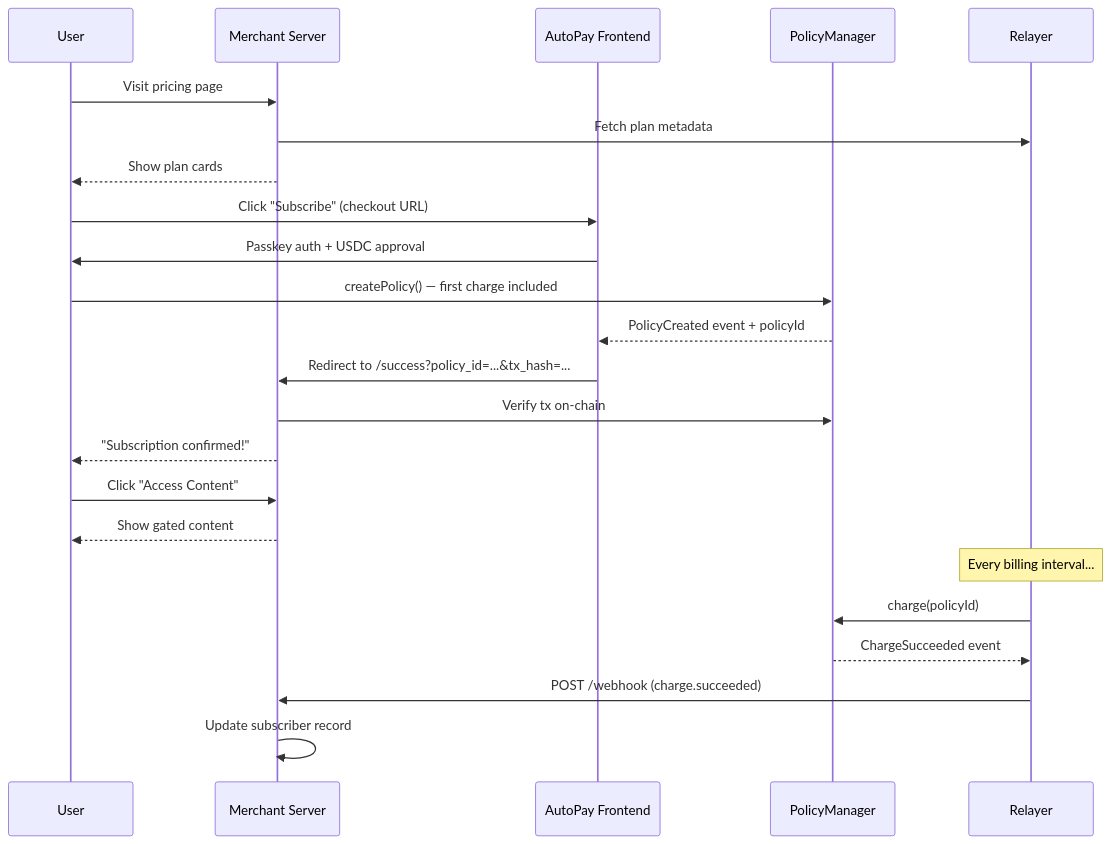
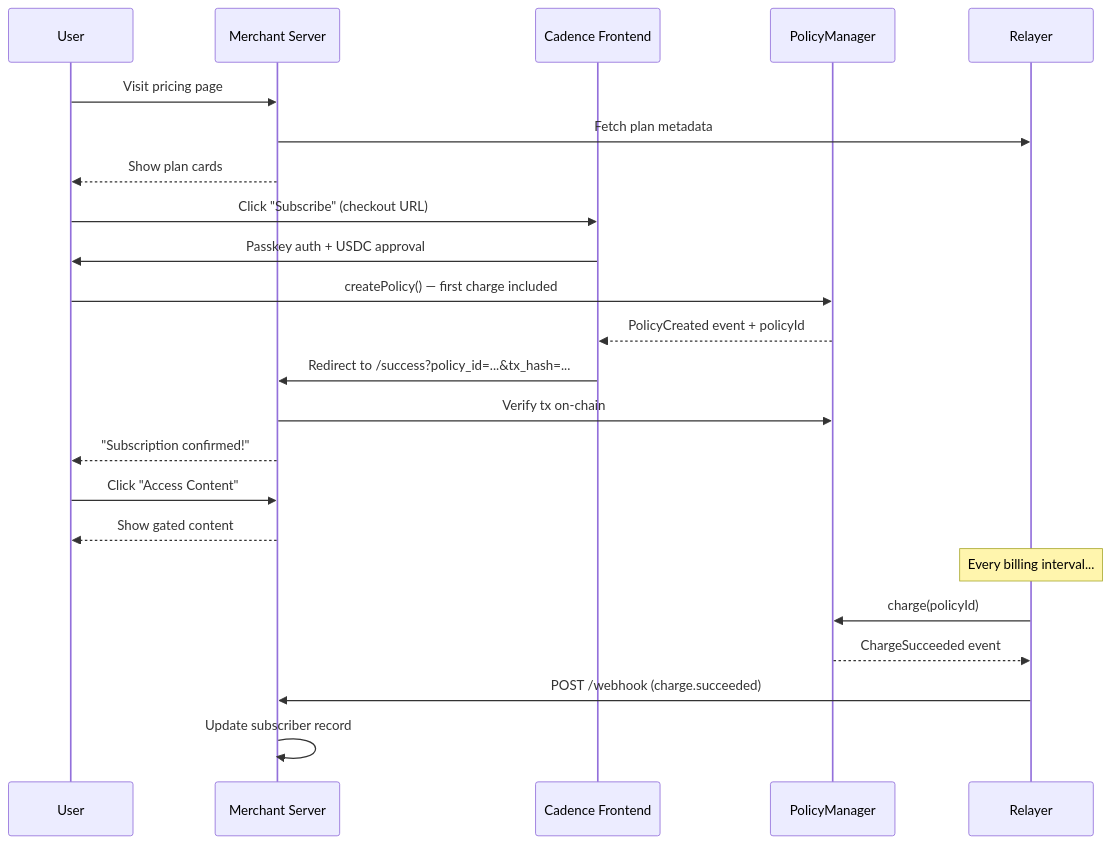
One commit to hola-official/Cadence changed the second of 4 diagrams in documentation/merchant-checkout-example.md. Above: the diagram before and after it, drawn with Mermaid. The commit also changed other lines of this file and 10 other files, not shown here.

````diff
--- a/documentation/merchant-checkout-example.md
+++ b/documentation/merchant-checkout-example.md
@@ -65,29 +65,29 @@
 ```mermaid
 sequenceDiagram
     participant User
     participant Merchant as Merchant Server
-    participant Frontend as AutoPay Frontend
+    participant Frontend as Cadence Frontend
     participant Contract as PolicyManager
     participant Relayer
 
     User->>Merchant: Visit pricing page
     Merchant->>Relayer: Fetch plan metadata
     Merchant-->>User: Show plan cards
 
     User->>Frontend: Click "Subscribe" (checkout URL)
     Frontend->>User: Passkey auth + USDC approval
     User->>Contract: createPolicy() — first charge included
     Contract-->>Frontend: PolicyCreated event + policyId
     Frontend->>Merchant: Redirect to /success?policy_id=...&tx_hash=...
 
     Merchant->>Contract: Verify tx on-chain
     Merchant-->>User: "Subscription confirmed!"
     User->>Merchant: Click "Access Content"
     Merchant-->>User: Show gated content
 
     Note over Relayer: Every billing interval...
     Relayer->>Contract: charge(policyId)
     Contract-->>Relayer: ChargeSucceeded event
     Relayer->>Merchant: POST /webhook (charge.succeeded)
     Merchant->>Merchant: Update subscriber record
 ```
````
